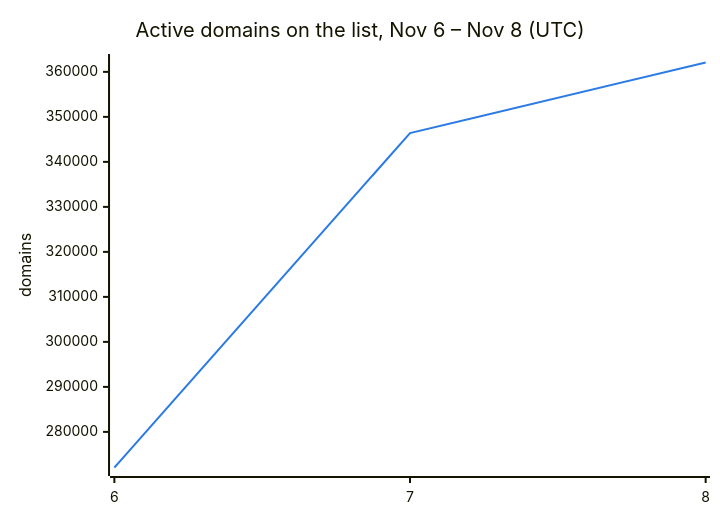
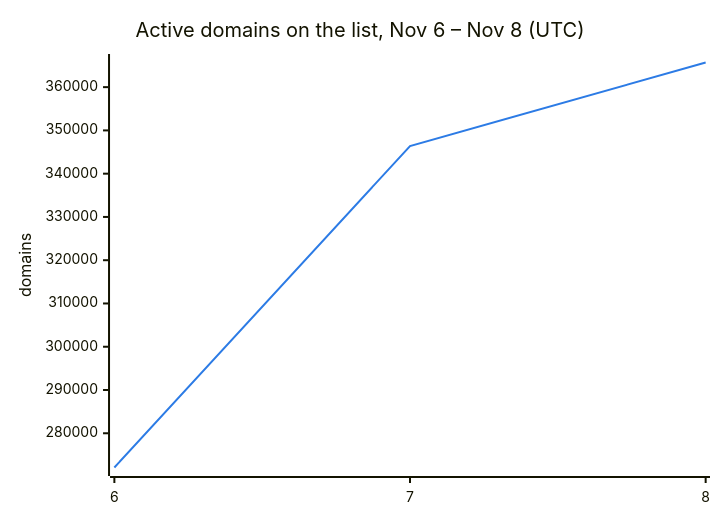
Before and after one commit to DNSBunker/CTI: the second of 3 diagrams in README.md, drawn with Mermaid. The commit also changed other lines of this file and 3 other files, not shown here.

````diff
--- a/README.md
+++ b/README.md
@@ -38,8 +38,8 @@
 ```mermaid
 %%{init: {"themeVariables": {"xyChart": {"plotColorPalette": "#2c7be5"}}}}%%
 xychart-beta
     title "Active domains on the list, Nov 6 – Nov 8 (UTC)"
     x-axis ["6", "7", "8"]
     y-axis "domains"
-    line [272088, 346388, 362082]
+    line [272088, 346388, 365695]
 ```
````
